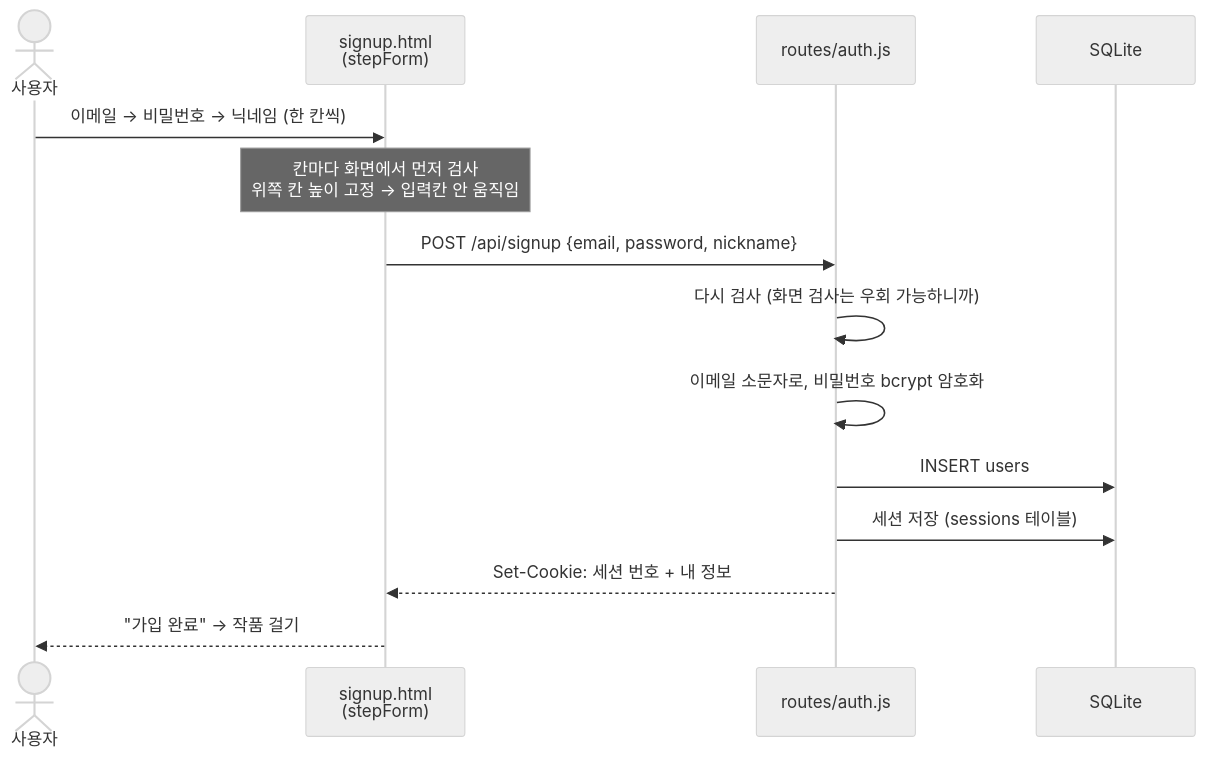
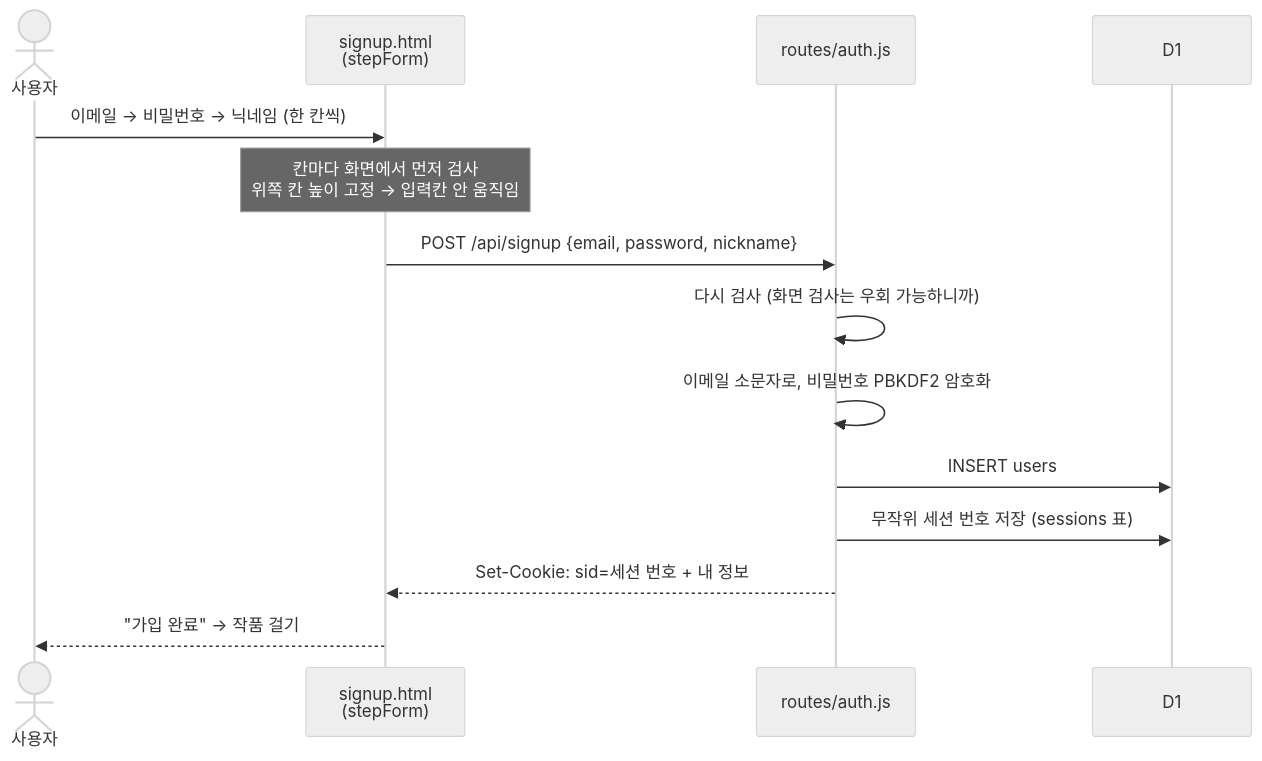
The third of 8 diagrams in docs/WORKFLOW.md (10x4hs/p-art), drawn with Mermaid (neutral theme) before and after one commit. The commit also changed other lines of this file and 5 other files, not shown here.

````diff
--- a/docs/WORKFLOW.md
+++ b/docs/WORKFLOW.md
@@ -82,17 +87,17 @@
 ```mermaid
 sequenceDiagram
   actor U as 사용자
   participant F as signup.html<br/>(stepForm)
   participant A as routes/auth.js
-  participant DB as SQLite
+  participant DB as D1
 
   U->>F: 이메일 → 비밀번호 → 닉네임 (한 칸씩)
   Note over F: 칸마다 화면에서 먼저 검사<br/>위쪽 칸 높이 고정 → 입력칸 안 움직임
   F->>A: POST /api/signup {email, password, nickname}
   A->>A: 다시 검사 (화면 검사는 우회 가능하니까)
-  A->>A: 이메일 소문자로, 비밀번호 bcrypt 암호화
+  A->>A: 이메일 소문자로, 비밀번호 PBKDF2 암호화
   A->>DB: INSERT users
-  A->>DB: 세션 저장 (sessions 테이블)
-  A-->>F: Set-Cookie: 세션 번호 + 내 정보
+  A->>DB: 무작위 세션 번호 저장 (sessions 표)
+  A-->>F: Set-Cookie: sid=세션 번호 + 내 정보
   F-->>U: "가입 완료" → 작품 걸기
 ```
````
